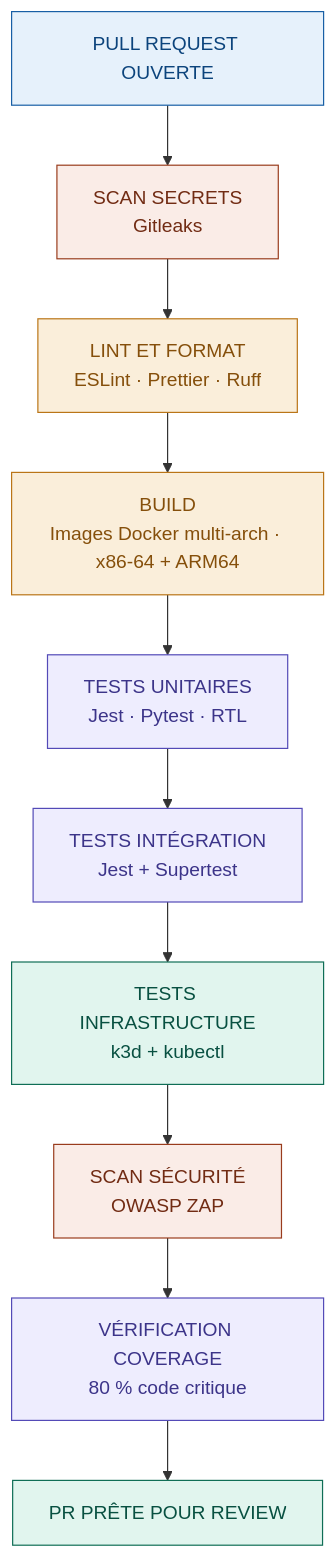
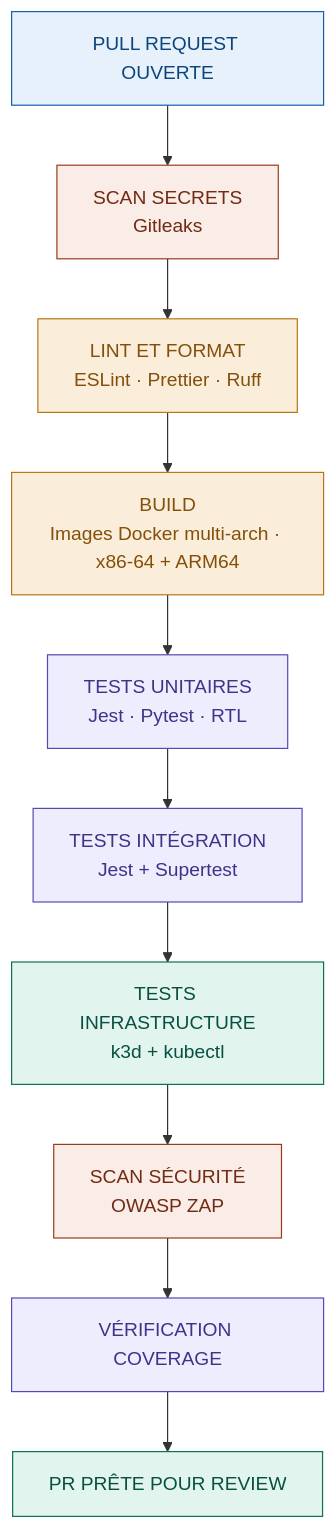
Before and after one commit to Collectionr/collectionr_epitech: the second of 4 diagrams in docs/devops/D02-cicd.md, drawn with Mermaid. The commit also changed other lines of this file, not shown here.

````diff
--- a/docs/devops/D02-cicd.md
+++ b/docs/devops/D02-cicd.md
@@ -125,23 +129,23 @@
 ```mermaid
 graph TD
     PR["PULL REQUEST OUVERTE"] --> Secrets["SCAN SECRETS\nGitleaks"]
     Secrets --> Lint["LINT ET FORMAT\nESLint · Prettier · Ruff"]
     Lint --> Build["BUILD\nImages Docker multi-arch · x86-64 + ARM64"]
     Build --> Unit["TESTS UNITAIRES\nJest · Pytest · RTL"]
     Unit --> Integration["TESTS INTÉGRATION\nJest + Supertest"]
     Integration --> Infra["TESTS INFRASTRUCTURE\nk3d + kubectl"]
     Infra --> Security["SCAN SÉCURITÉ\nOWASP ZAP"]
-    Security --> Coverage["VÉRIFICATION COVERAGE\n80 % code critique"]
+    Security --> Coverage["VÉRIFICATION COVERAGE"]
     Coverage --> OK["PR PRÊTE POUR REVIEW"]
 
     style PR fill:#E6F1FB,stroke:#185FA5,color:#0C447C
     style Secrets fill:#FAECE7,stroke:#993C1D,color:#712B13
     style Lint fill:#FAEEDA,stroke:#BA7517,color:#854F0B
     style Build fill:#FAEEDA,stroke:#BA7517,color:#854F0B
     style Unit fill:#EEEDFE,stroke:#534AB7,color:#3C3489
     style Integration fill:#EEEDFE,stroke:#534AB7,color:#3C3489
     style Infra fill:#E1F5EE,stroke:#0F6E56,color:#085041
     style Security fill:#FAECE7,stroke:#993C1D,color:#712B13
     style Coverage fill:#EEEDFE,stroke:#534AB7,color:#3C3489
     style OK fill:#E1F5EE,stroke:#0F6E56,color:#085041
 ```
````
